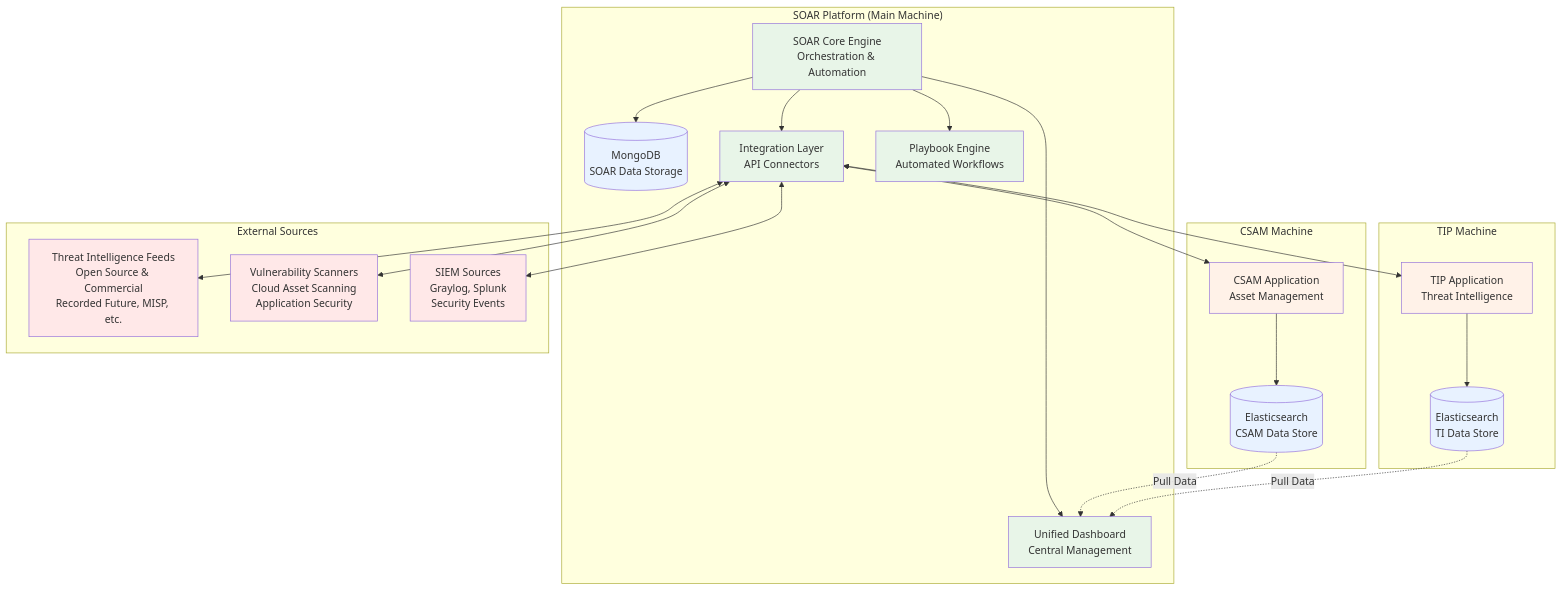
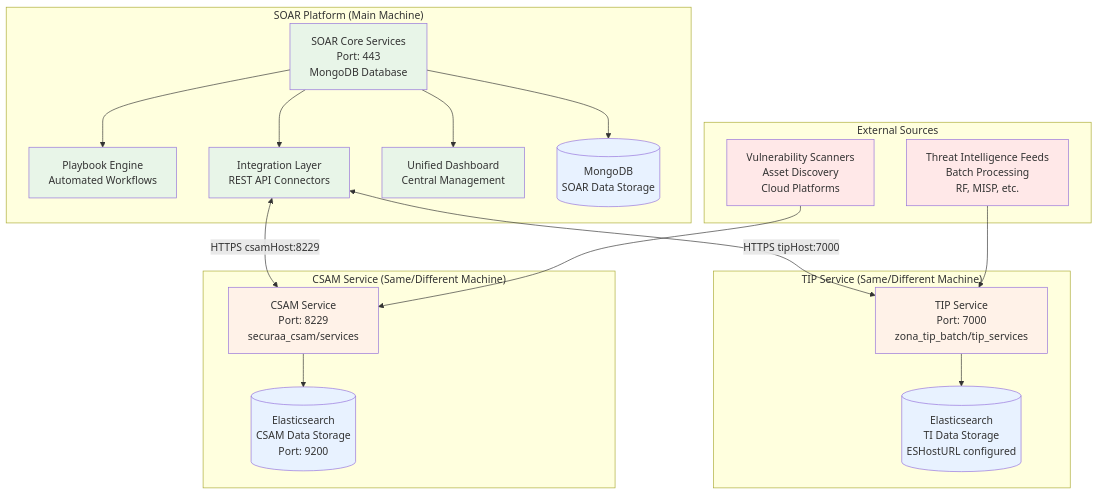
The first of 14 diagrams in SOAR_Architecture_SIEM_TI_Integration_Documentation.md (Vishwa0220/customers-docs), drawn with Mermaid before and after one commit. The commit also changed other lines of this file, not shown here.

````diff
--- a/SOAR_Architecture_SIEM_TI_Integration_Documentation.md
+++ b/SOAR_Architecture_SIEM_TI_Integration_Documentation.md
@@ -23,58 +23,54 @@
 ```mermaid
 graph TB
     subgraph "SOAR Platform (Main Machine)"
-        SOAR_CORE[SOAR Core Engine<br/>Orchestration & Automation]
+        SOAR_CORE[SOAR Core Services<br/>Port: 443<br/>MongoDB Database]
+        PLAYBOOK_ENGINE[Playbook Engine<br/>Automated Workflows]
+        INTEGRATION_LAYER[Integration Layer<br/>REST API Connectors]
+        DASHBOARD[Unified Dashboard<br/>Central Management]
         MONGO_DB[(MongoDB<br/>SOAR Data Storage)]
-        INTEGRATIONS[Integration Layer<br/>API Connectors]
-        PLAYBOOKS[Playbook Engine<br/>Automated Workflows]
-        DASHBOARD[Unified Dashboard<br/>Central Management]
     end
     
-    subgraph "CSAM Machine"
-        CSAM_APP[CSAM Application<br/>Asset Management]
-        ELASTIC_CSAM[(Elasticsearch<br/>CSAM Data Store)]
+    subgraph "TIP Service (Same/Different Machine)"
+        TIP_SERVICE[TIP Service<br/>Port: 7000<br/>zona_tip_batch/tip_services]
+        ELASTIC_TIP[(Elasticsearch<br/>TI Data Storage<br/>ESHostURL configured)]
     end
     
-    subgraph "TIP Machine"
-        TIP_APP[TIP Application<br/>Threat Intelligence]
-        ELASTIC_TIP[(Elasticsearch<br/>TI Data Store)]
+    subgraph "CSAM Service (Same/Different Machine)"
+        CSAM_SERVICE[CSAM Service<br/>Port: 8229<br/>securaa_csam/services]
+        ELASTIC_CSAM[(Elasticsearch<br/>CSAM Data Storage<br/>Port: 9200)]
     end
     
     subgraph "External Sources"
-        TI_FEEDS[Threat Intelligence Feeds<br/>Open Source & Commercial<br/>Recorded Future, MISP, etc.]
-        VULN_SCANNERS[Vulnerability Scanners<br/>Cloud Asset Scanning<br/>Application Security]
-        SIEM_SOURCES[SIEM Sources<br/>Graylog, Splunk<br/>Security Events]
+        TI_FEEDS[Threat Intelligence Feeds<br/>Batch Processing<br/>RF, MISP, etc.]
+        VULN_SCANNERS[Vulnerability Scanners<br/>Asset Discovery<br/>Cloud Platforms]
     end
     
     %% Core Connections
     SOAR_CORE --> MONGO_DB
-    SOAR_CORE --> INTEGRATIONS
-    SOAR_CORE --> PLAYBOOKS
+    SOAR_CORE --> PLAYBOOK_ENGINE
+    SOAR_CORE --> INTEGRATION_LAYER
     SOAR_CORE --> DASHBOARD
     
-    %% Integration Connections
-    INTEGRATIONS <--> CSAM_APP
-    INTEGRATIONS <--> TIP_APP
-    CSAM_APP --> ELASTIC_CSAM
-    TIP_APP --> ELASTIC_TIP
+    %% Service Connections via HTTPS
+    INTEGRATION_LAYER <-->|HTTPS tipHost:7000| TIP_SERVICE
+    INTEGRATION_LAYER <-->|HTTPS csamHost:8229| CSAM_SERVICE
+    
+    %% Data Storage
+    TIP_SERVICE --> ELASTIC_TIP
+    CSAM_SERVICE --> ELASTIC_CSAM
     
     %% External Integrations
-    INTEGRATIONS <--> TI_FEEDS
-    INTEGRATIONS <--> VULN_SCANNERS
-    INTEGRATIONS <--> SIEM_SOURCES
-    
-    %% Data Flow for Dashboards
-    ELASTIC_CSAM -.->|Pull Data| DASHBOARD
-    ELASTIC_TIP -.->|Pull Data| DASHBOARD
+    TI_FEEDS --> TIP_SERVICE
+    VULN_SCANNERS --> CSAM_SERVICE
     
     %% Styling
     classDef soarComponent fill:#e8f5e8
-    classDef appComponent fill:#fff2e8
+    classDef serviceComponent fill:#fff2e8
     classDef dataComponent fill:#e8f2ff
     classDef externalComponent fill:#ffe8e8
     
-    class SOAR_CORE,INTEGRATIONS,PLAYBOOKS,DASHBOARD soarComponent
-    class CSAM_APP,TIP_APP appComponent
-    class MONGO_DB,ELASTIC_CSAM,ELASTIC_TIP dataComponent
-    class TI_FEEDS,VULN_SCANNERS,SIEM_SOURCES externalComponent
+    class SOAR_CORE,PLAYBOOK_ENGINE,INTEGRATION_LAYER,DASHBOARD soarComponent
+    class TIP_SERVICE,CSAM_SERVICE serviceComponent
+    class MONGO_DB,ELASTIC_TIP,ELASTIC_CSAM dataComponent
+    class TI_FEEDS,VULN_SCANNERS externalComponent
 ```
````
